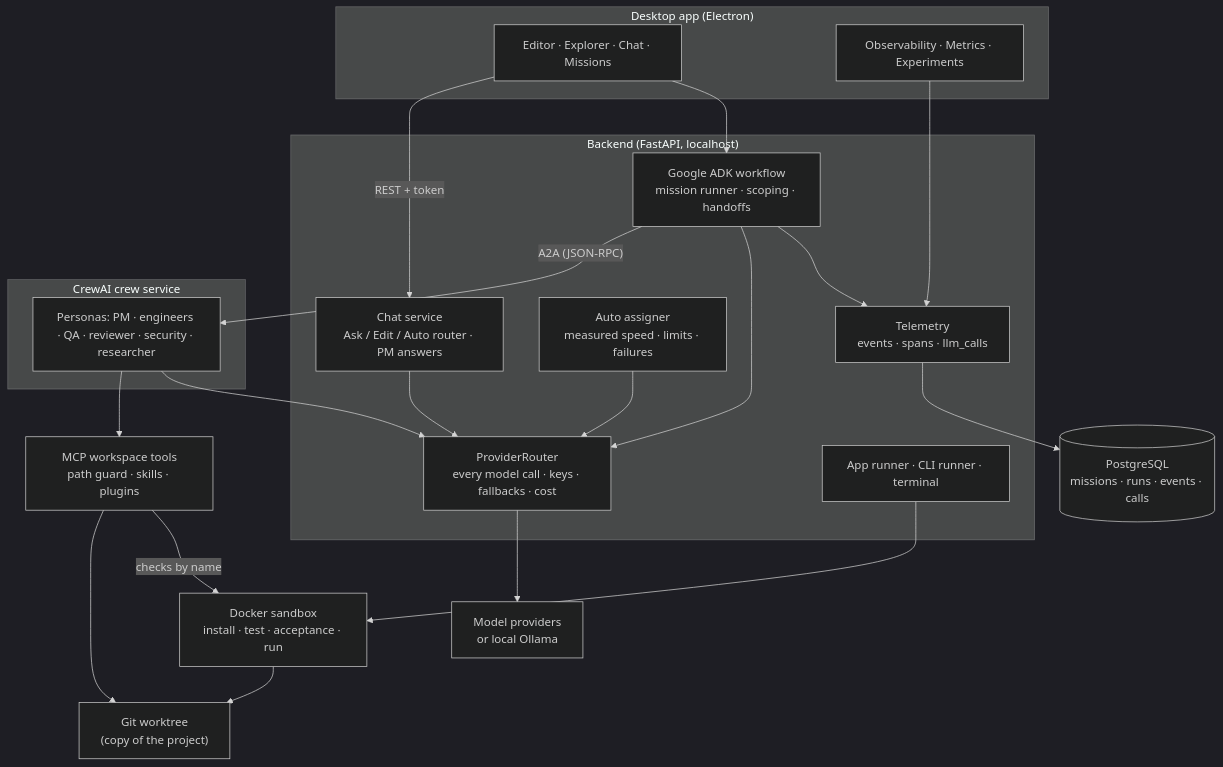
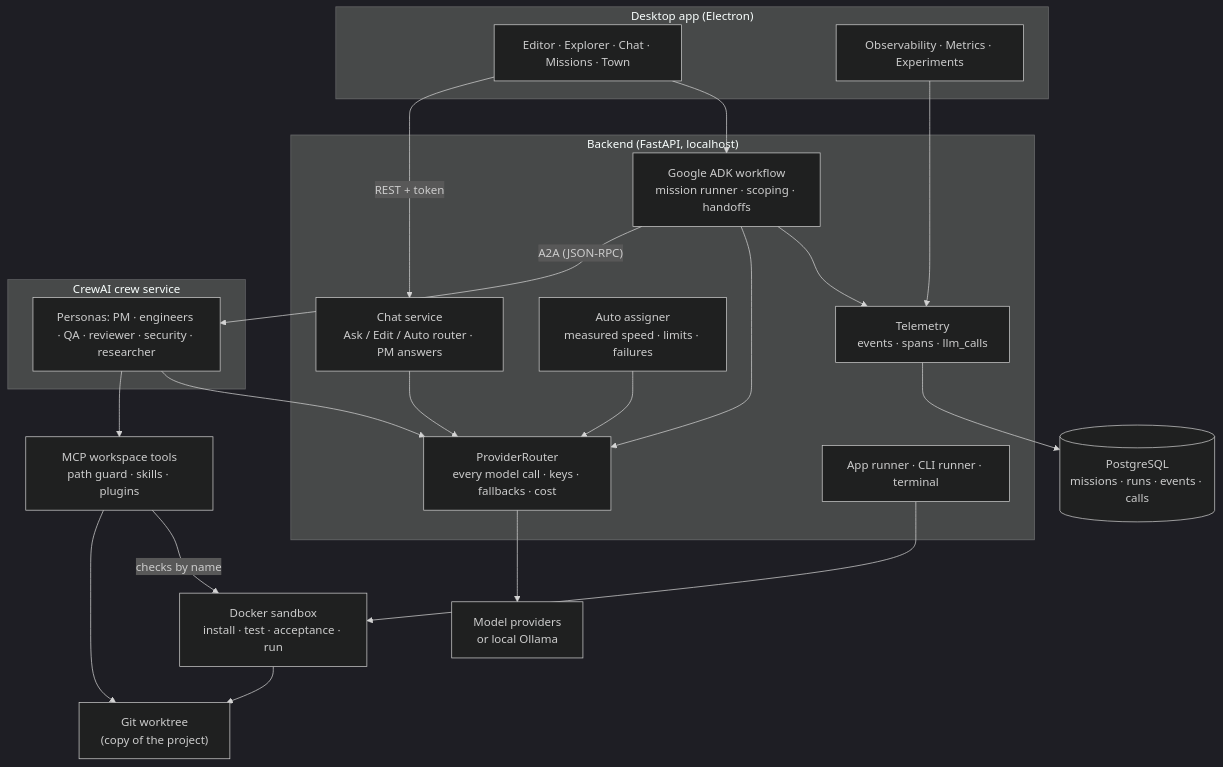
The second of 3 diagrams in README.md (Cykikz/HEX), drawn with Mermaid (dark theme) before and after one commit. The commit also changed other lines of this file and 2 other files, not shown here.

Commit message:
Refresh README and show HEX Town in the desktop app

````diff
--- a/README.md
+++ b/README.md
@@ -146,40 +169,40 @@
 ```mermaid
 flowchart TB
     subgraph Desktop["Desktop app (Electron)"]
-        UI["Editor · Explorer · Chat · Missions"]
+        UI["Editor · Explorer · Chat · Missions · Town"]
         OBS["Observability · Metrics · Experiments"]
     end
 
     subgraph Backend["Backend (FastAPI, localhost)"]
         CHAT["Chat service<br/>Ask / Edit / Auto router · PM answers"]
         ADK["Google ADK workflow<br/>mission runner · scoping · handoffs"]
         PR["ProviderRouter<br/>every model call · keys · fallbacks · cost"]
         AUTO["Auto assigner<br/>measured speed · limits · failures"]
         APPS["App runner · CLI runner · terminal"]
         TEL["Telemetry<br/>events · spans · llm_calls"]
     end
 
     subgraph Crew["CrewAI crew service"]
         P["Personas: PM · engineers · QA · reviewer · security · researcher"]
     end
 
     MCP["MCP workspace tools<br/>path guard · skills · plugins"]
     WT["Git worktree<br/>(copy of the project)"]
     SB["Docker sandbox<br/>install · test · acceptance · run"]
     DB[("PostgreSQL<br/>missions · runs · events · calls")]
     LLM["Model providers<br/>or local Ollama"]
 
     UI -- "REST + token" --> CHAT
     UI --> ADK
     ADK -- "A2A (JSON-RPC)" --> P
     P --> MCP --> WT
     MCP -- "checks by name" --> SB --> WT
     CHAT --> PR
     P --> PR
     ADK --> PR
     AUTO --> PR
     PR --> LLM
     ADK --> TEL --> DB
     OBS --> TEL
     APPS --> SB
 ```
````
